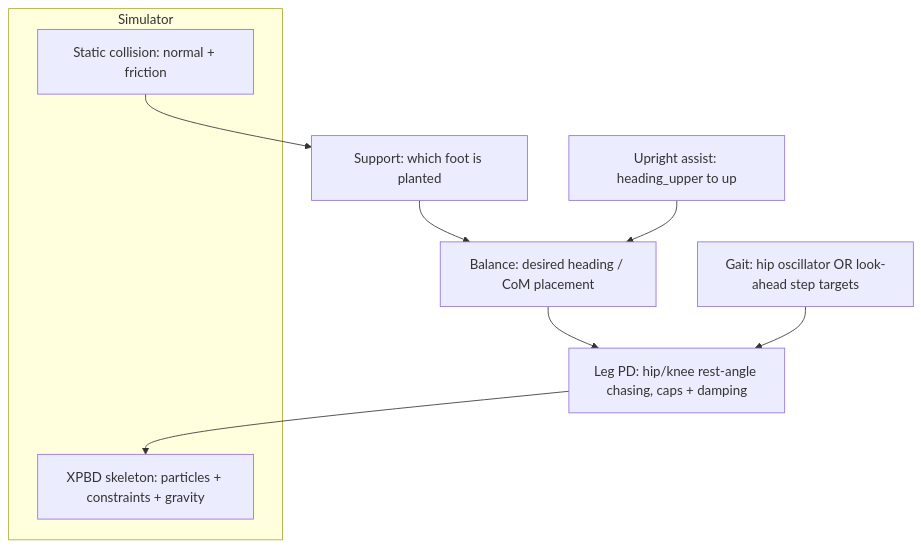
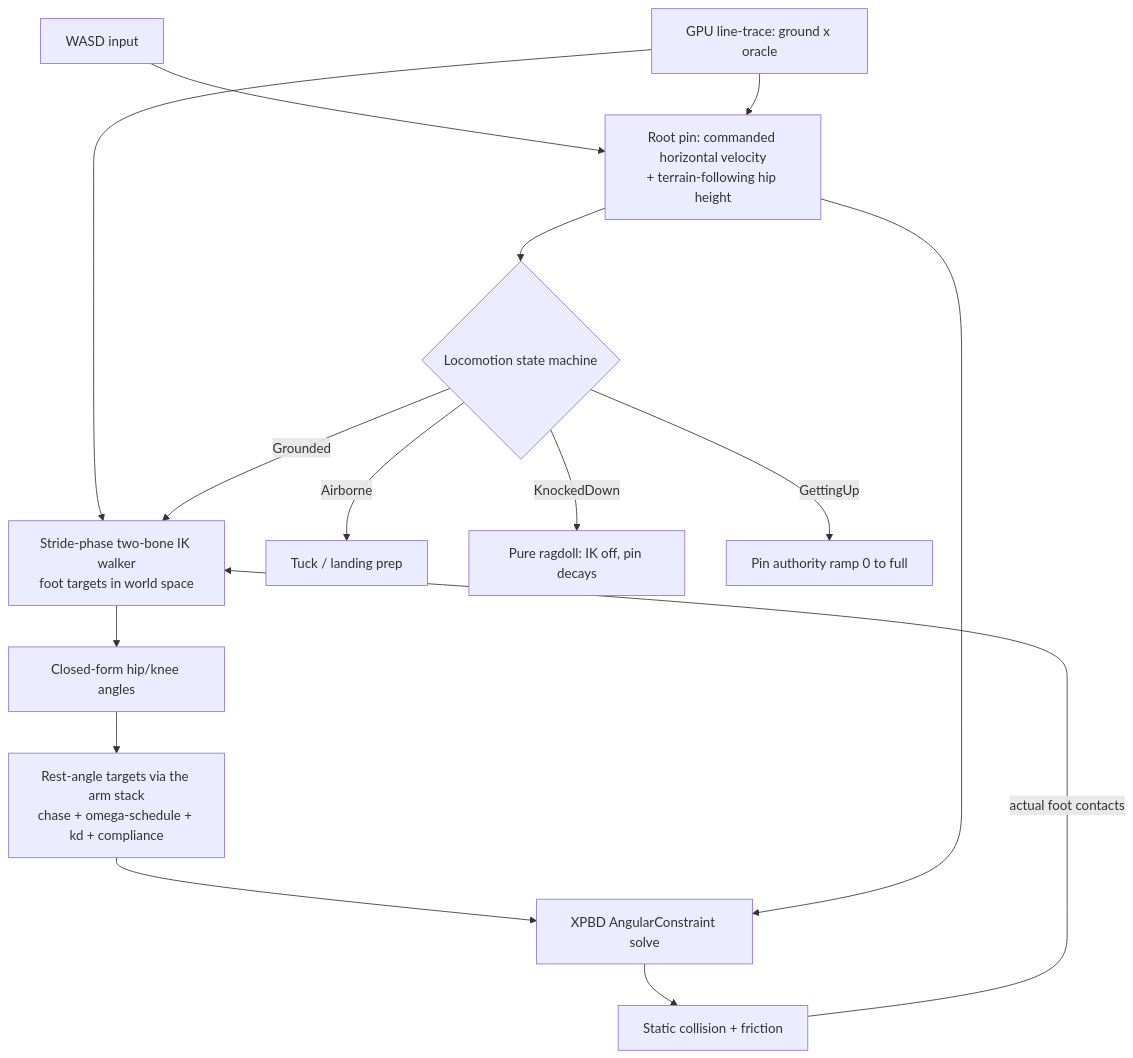
Before and after one commit to AlienSmith/bevy_vello: the diagram in plans/gravity_and_walking.md, drawn with Mermaid. The commit also changed other lines of this file, not shown here.

Commit message:
rewrite walking plan: Stick Fight-style root-driven locomotion with stride-phase two-bone IK walker, terrain probe oracle, and locomotion state machine

````diff
--- a/plans/gravity_and_walking.md
+++ b/plans/gravity_and_walking.md
@@ -62,13 +91,17 @@
 ```mermaid
 flowchart TD
-    subgraph Simulator
-        S[XPBD skeleton: particles + constraints + gravity]
-        C[Static collision: normal + friction]
-    end
-    C --> SUPPORT[Support: which foot is planted]
-    SUPPORT --> BAL[Balance: desired heading / CoM placement]
-    BAL --> LEG[Leg PD: hip/knee rest-angle chasing, caps + damping]
-    GAIT[Gait: hip oscillator OR look-ahead step targets] --> LEG
-    UPRIGHT[Upright assist: heading_upper to up] --> BAL
-    LEG --> S
+    INPUT[WASD input] --> ROOT[Root pin: commanded horizontal velocity\n+ terrain-following hip height]
+    PROBE[GPU line-trace: ground x oracle] --> ROOT
+    PROBE --> WALK
+    ROOT --> SM{Locomotion state machine}
+    SM -->|Grounded| WALK[Stride-phase two-bone IK walker\nfoot targets in world space]
+    SM -->|Airborne| TUCK[Tuck / landing prep]
+    SM -->|KnockedDown| RAG[Pure ragdoll: IK off, pin decays]
+    SM -->|GettingUp| RISE[Pin authority ramp 0 to full]
+    WALK --> IK[Closed-form hip/knee angles]
+    IK --> REST[Rest-angle targets via the arm stack\nchase + omega-schedule + kd + compliance]
+    REST --> XPBD[XPBD AngularConstraint solve]
+    ROOT --> XPBD
+    XPBD --> COLL[Static collision + friction]
+    COLL -->|actual foot contacts| WALK
 ```
````
